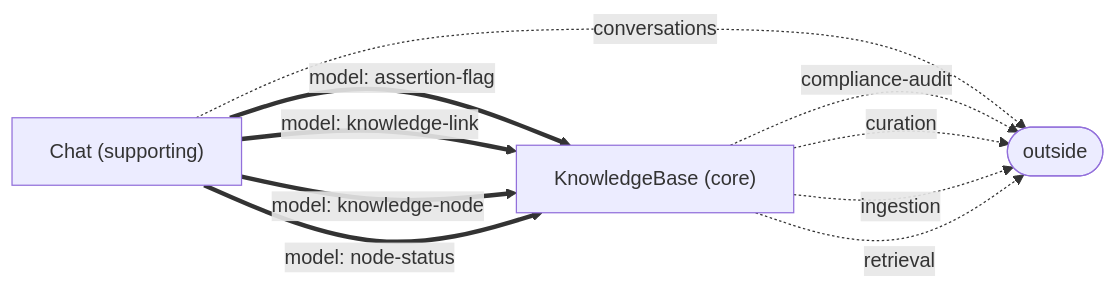
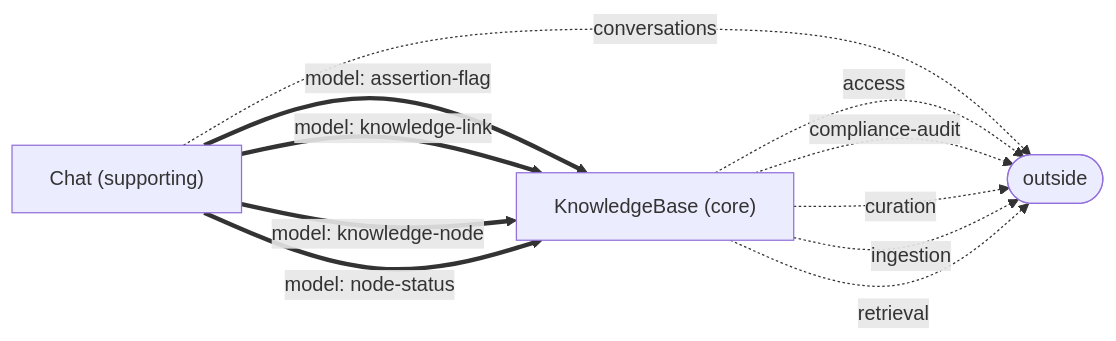
Before and after one commit to zig999/remember: the diagram in specification/projections/context-map.mmd, drawn with Mermaid. The commit also changed 20 other files, not shown here.

```diff
--- a/specification/projections/context-map.mmd
+++ b/specification/projections/context-map.mmd
@@ -1,13 +1,14 @@
 flowchart LR
     chat["Chat (supporting)"]
     knowledge_base["KnowledgeBase (core)"]
     chat ==>|model: assertion-flag| knowledge_base
     chat ==>|model: knowledge-link| knowledge_base
     chat ==>|model: knowledge-node| knowledge_base
     chat ==>|model: node-status| knowledge_base
     outside(["outside"])
     chat -.->|conversations| outside
+    knowledge_base -.->|access| outside
     knowledge_base -.->|compliance-audit| outside
     knowledge_base -.->|curation| outside
     knowledge_base -.->|ingestion| outside
     knowledge_base -.->|retrieval| outside
```
